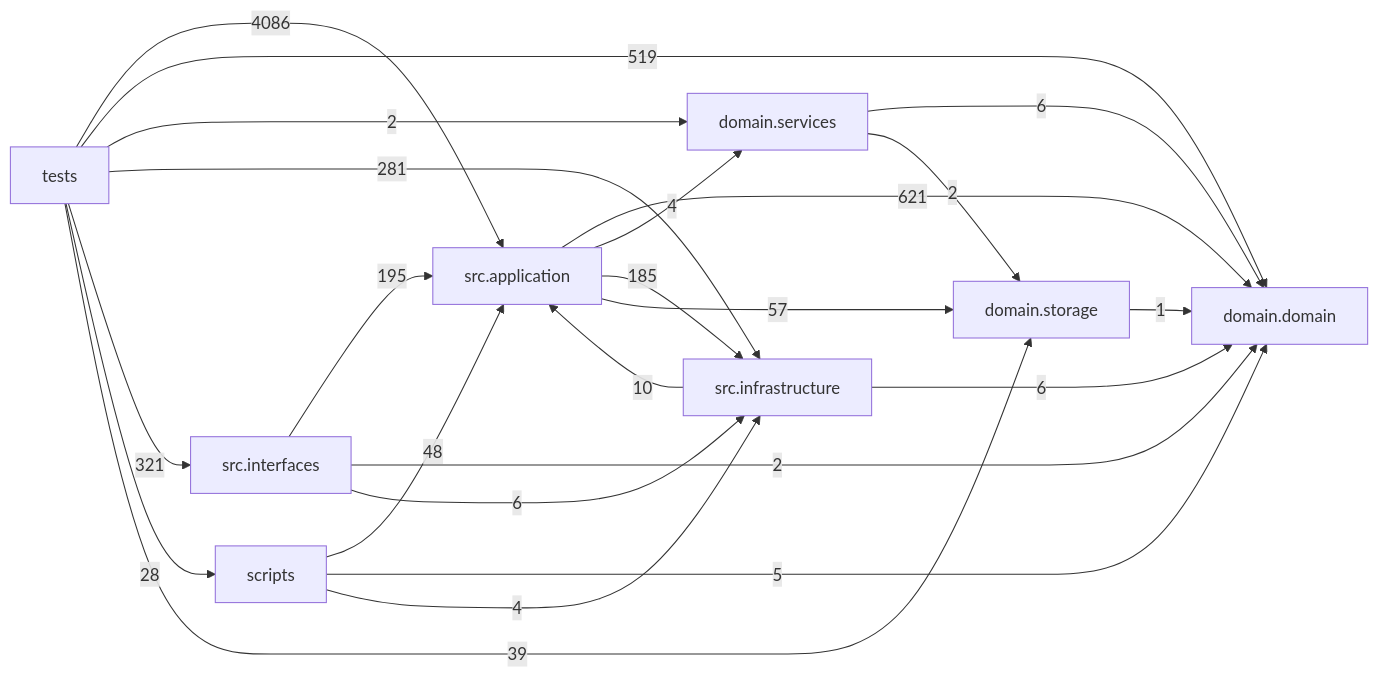
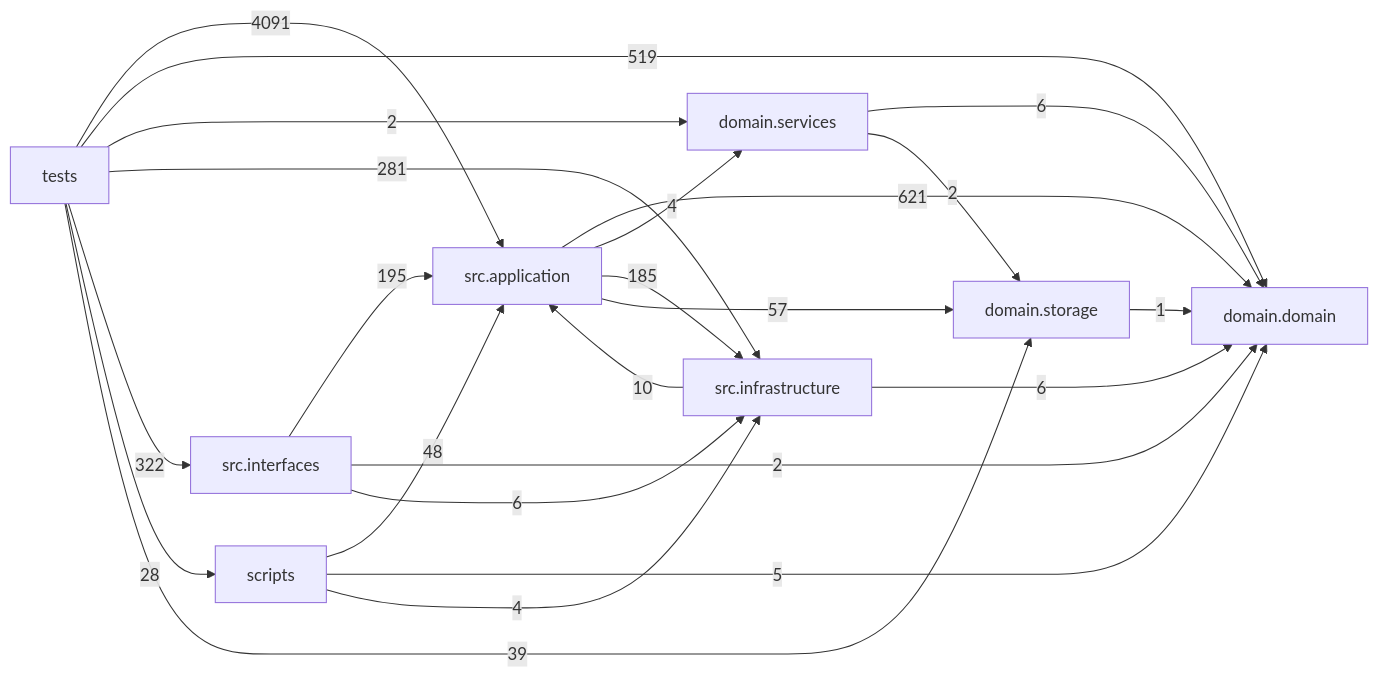
One commit to liuxie066/options-monitor changed the diagram in docs/DEPENDENCY_GRAPH.md. Above: the diagram before and after it, drawn with Mermaid. The commit also changed other lines of this file and 5 other files, not shown here.

````diff
--- a/docs/DEPENDENCY_GRAPH.md
+++ b/docs/DEPENDENCY_GRAPH.md
@@ -24,33 +24,33 @@
 ```mermaid
 flowchart LR
   tests["tests"]
   scripts["scripts"]
   interfaces["src.interfaces"]
   application["src.application"]
   infrastructure["src.infrastructure"]
   domain_services["domain.services"]
   domain["domain.domain"]
   storage["domain.storage"]
   application -->|621| domain
   application -->|4| domain_services
   application -->|185| infrastructure
   application -->|57| storage
   domain_services -->|6| domain
   domain_services -->|2| storage
   infrastructure -->|10| application
   infrastructure -->|6| domain
   interfaces -->|195| application
   interfaces -->|2| domain
   interfaces -->|6| infrastructure
   scripts -->|48| application
   scripts -->|5| domain
   scripts -->|4| infrastructure
   storage -->|1| domain
-  tests -->|4086| application
+  tests -->|4091| application
   tests -->|519| domain
   tests -->|2| domain_services
   tests -->|281| infrastructure
-  tests -->|321| interfaces
+  tests -->|322| interfaces
   tests -->|28| scripts
   tests -->|39| storage
 ```
````
